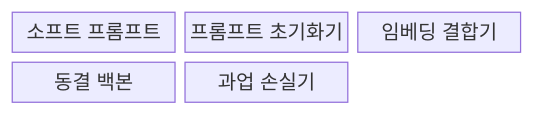
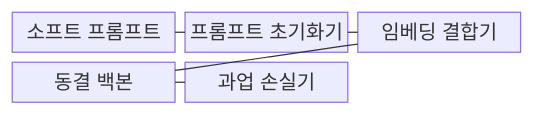
Before and after one commit to agnusdei1207/knowledge-base: the first of 2 diagrams in src/content/docs/notes/08-latest-tech/064_prompt_tuning.md, drawn with Mermaid. The commit also changed other lines of this file and 228 other files, not shown here.

````diff
--- a/src/content/docs/notes/08-latest-tech/064_prompt_tuning.md
+++ b/src/content/docs/notes/08-latest-tech/064_prompt_tuning.md
@@ -49,9 +49,13 @@
 ```mermaid
 block-beta
     columns 3
     P["소프트 프롬프트"]
     I["프롬프트 초기화기"]
     C["임베딩 결합기"]
     B["동결 백본"]
     L["과업 손실기"]
+    P --- I
+    I --- C
+    C --- B
+    B --- L
 ```
````
